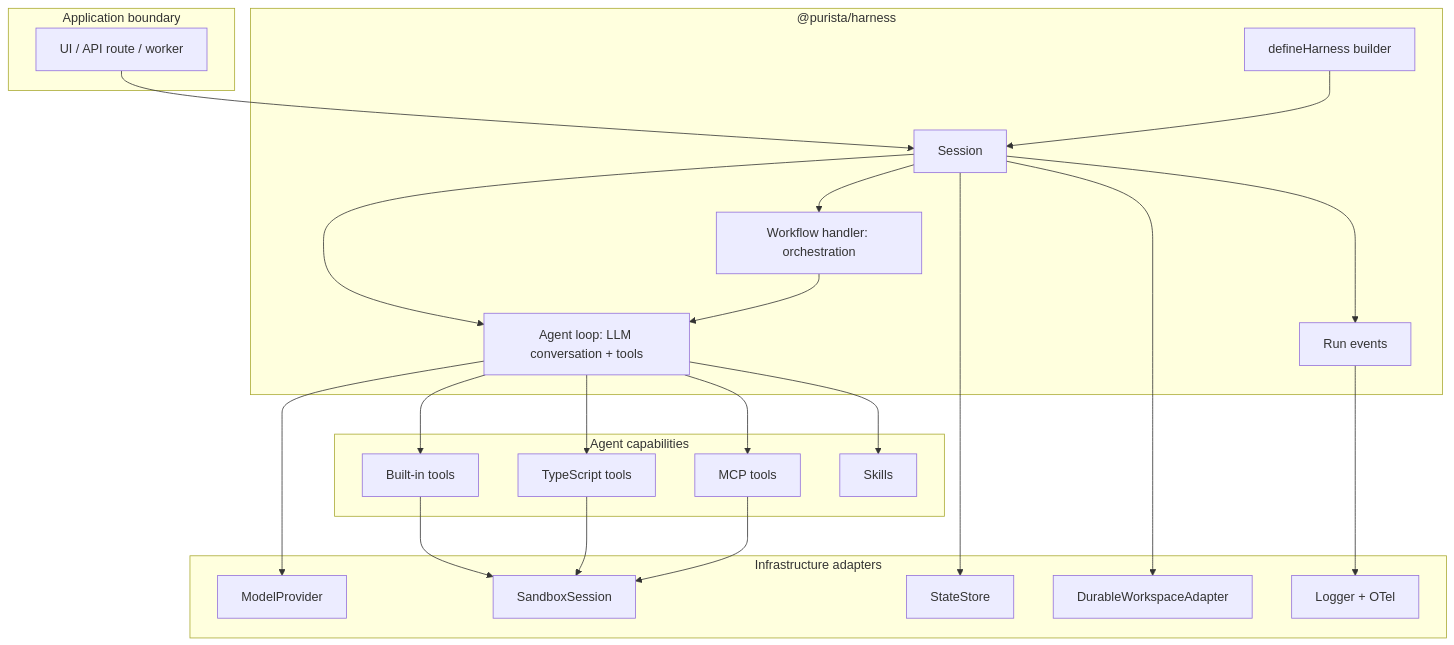
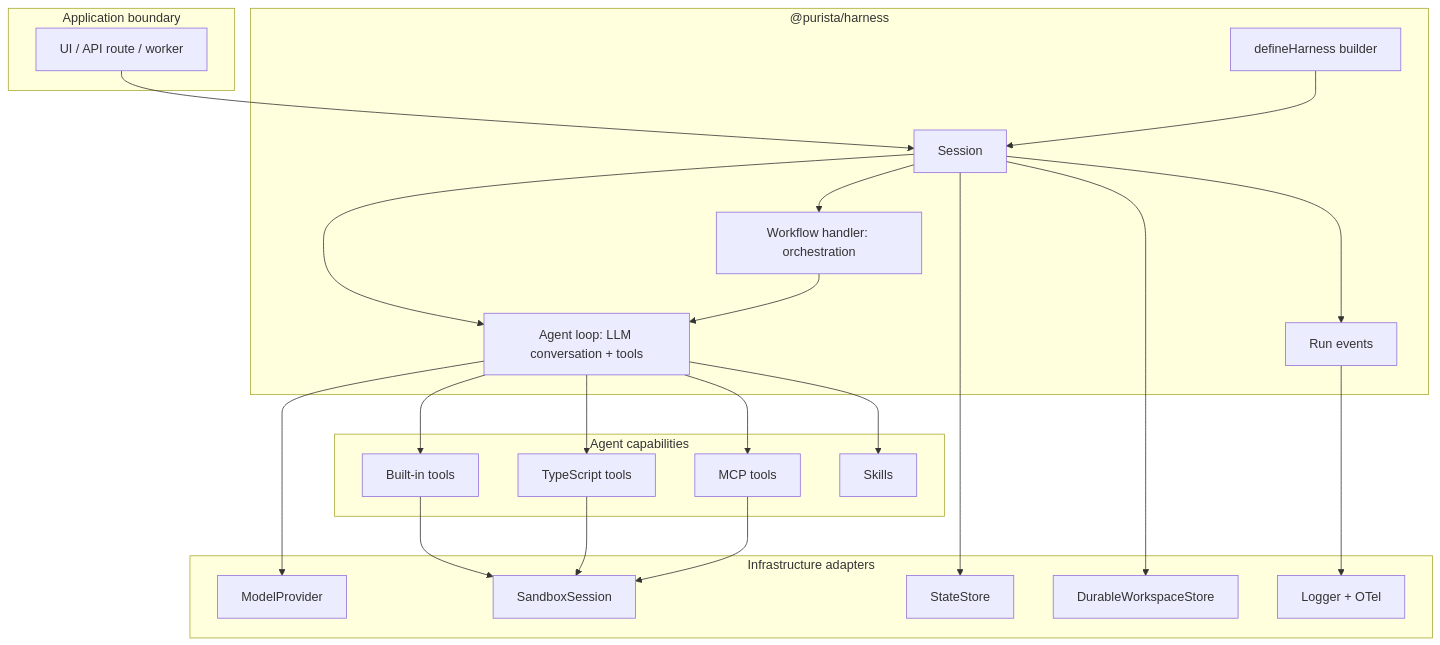
One commit to puristajs/harness changed the first of 5 diagrams in docs/concepts/architecture.md. Above: the diagram before and after it, drawn with Mermaid. The commit also changed other lines of this file and 23 other files, not shown here.

Commit message:
Refine durable workspace store contract

````diff
--- a/docs/concepts/architecture.md
+++ b/docs/concepts/architecture.md
@@ -9,47 +9,47 @@
 ```mermaid
 flowchart TB
   subgraph App["Application boundary"]
     UI["UI / API route / worker"]
   end
 
   subgraph Harness["@purista/harness"]
     Builder["defineHarness builder"]
     Session["Session"]
     Agent["Agent loop: LLM conversation + tools"]
     Workflow["Workflow handler: orchestration"]
     Events["Run events"]
   end
 
   subgraph Adapters["Infrastructure adapters"]
     Model["ModelProvider"]
     State["StateStore"]
     Sandbox["SandboxSession"]
-    Workspace["DurableWorkspaceAdapter"]
+    Workspace["DurableWorkspaceStore"]
     Telemetry["Logger + OTel"]
   end
 
   subgraph Capabilities["Agent capabilities"]
     Builtin["Built-in tools"]
     TsTool["TypeScript tools"]
     Mcp["MCP tools"]
     Skills["Skills"]
   end
 
   UI --> Session
   Builder --> Session
   Session --> Agent
   Session --> Workflow
   Workflow --> Agent
   Agent --> Model
   Agent --> Builtin
   Agent --> TsTool
   Agent --> Mcp
   Agent --> Skills
   Builtin --> Sandbox
   TsTool --> Sandbox
   Mcp --> Sandbox
   Session --> State
   Session --> Workspace
   Session --> Events
   Events --> Telemetry
 ```
````
